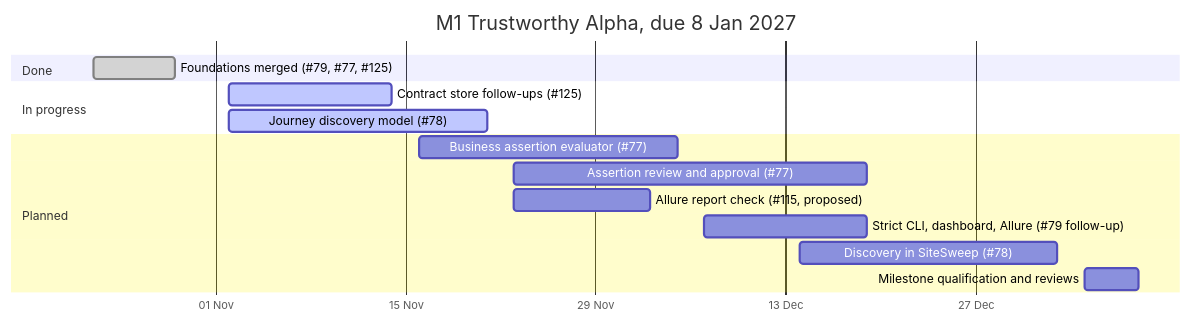
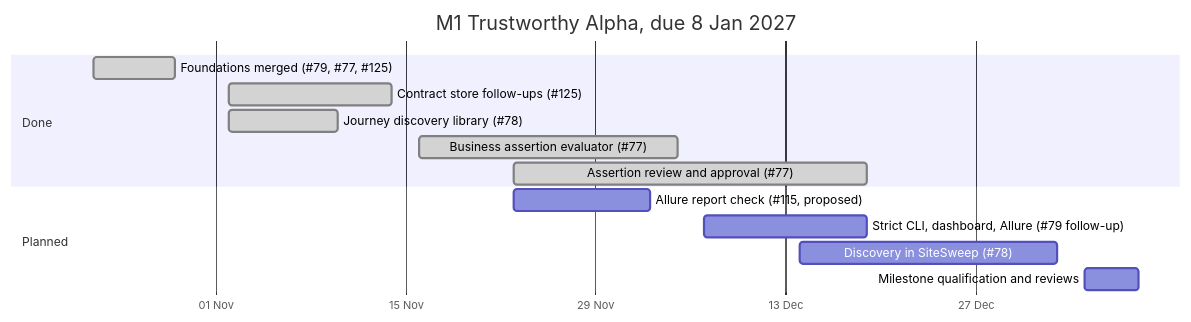
One commit to eddieir/Falcon-Automation changed the third of 11 diagrams in docs/roadmap/ROADMAP.md. Above: the diagram before and after it, drawn with Mermaid. The commit also changed other lines of this file and 3 other files, not shown here.

````diff
--- a/docs/roadmap/ROADMAP.md
+++ b/docs/roadmap/ROADMAP.md
@@ -173,23 +175,21 @@
 ```mermaid
 gantt
     title M1 Trustworthy Alpha, due 8 Jan 2027
     dateFormat YYYY-MM-DD
     axisFormat %d %b
     tickInterval 2week
     todayMarker off
 
     section Done
     Foundations merged (#79, #77, #125)                 :done, t1, 2026-10-23, 2026-10-29
-
-    section In progress
-    Contract store follow-ups (#125)                    :active, t2, 2026-11-02, 2026-11-14
-    Journey discovery model (#78)                       :active, t3, 2026-11-02, 2026-11-21
+    Contract store follow-ups (#125)                    :done, t2, 2026-11-02, 2026-11-14
+    Journey discovery library (#78)                     :done, t3, 2026-11-02, 2026-11-10
+    Business assertion evaluator (#77)                  :done, t4, 2026-11-16, 2026-12-05
+    Assertion review and approval (#77)                 :done, t5, 2026-11-23, 2026-12-19
 
     section Planned
-    Business assertion evaluator (#77)                  :t4, 2026-11-16, 2026-12-05
-    Assertion review and approval (#77)                 :t5, 2026-11-23, 2026-12-19
     Allure report check (#115, proposed)                :t6, 2026-11-23, 2026-12-03
     Strict CLI, dashboard, Allure (#79 follow-up)       :t7, 2026-12-07, 2026-12-19
     Discovery in SiteSweep (#78)                        :t8, 2026-12-14, 2027-01-02
     Milestone qualification and reviews                 :t9, 2027-01-04, 2027-01-08
 ```
````
